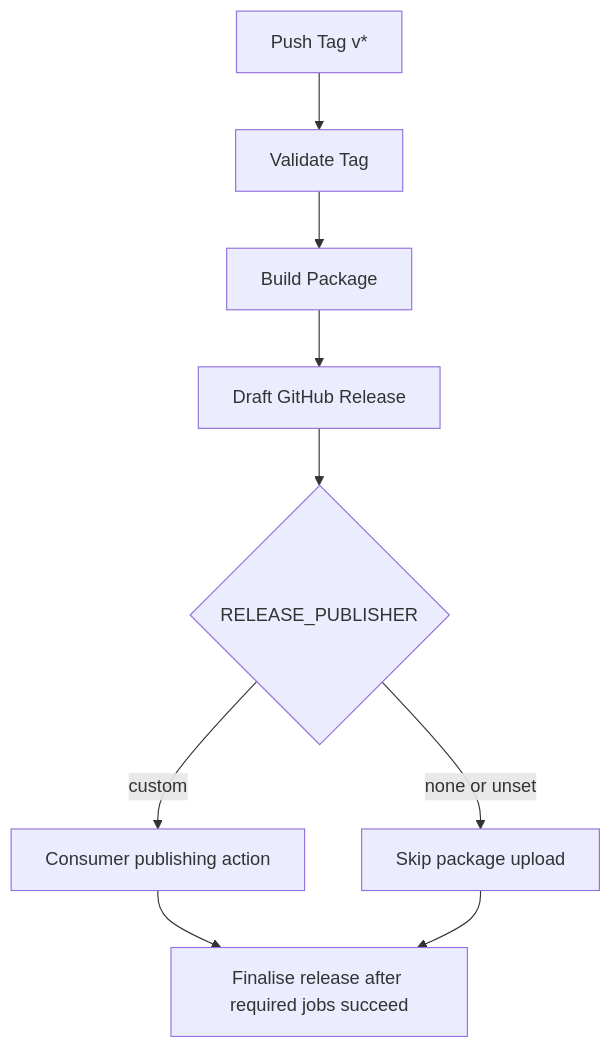
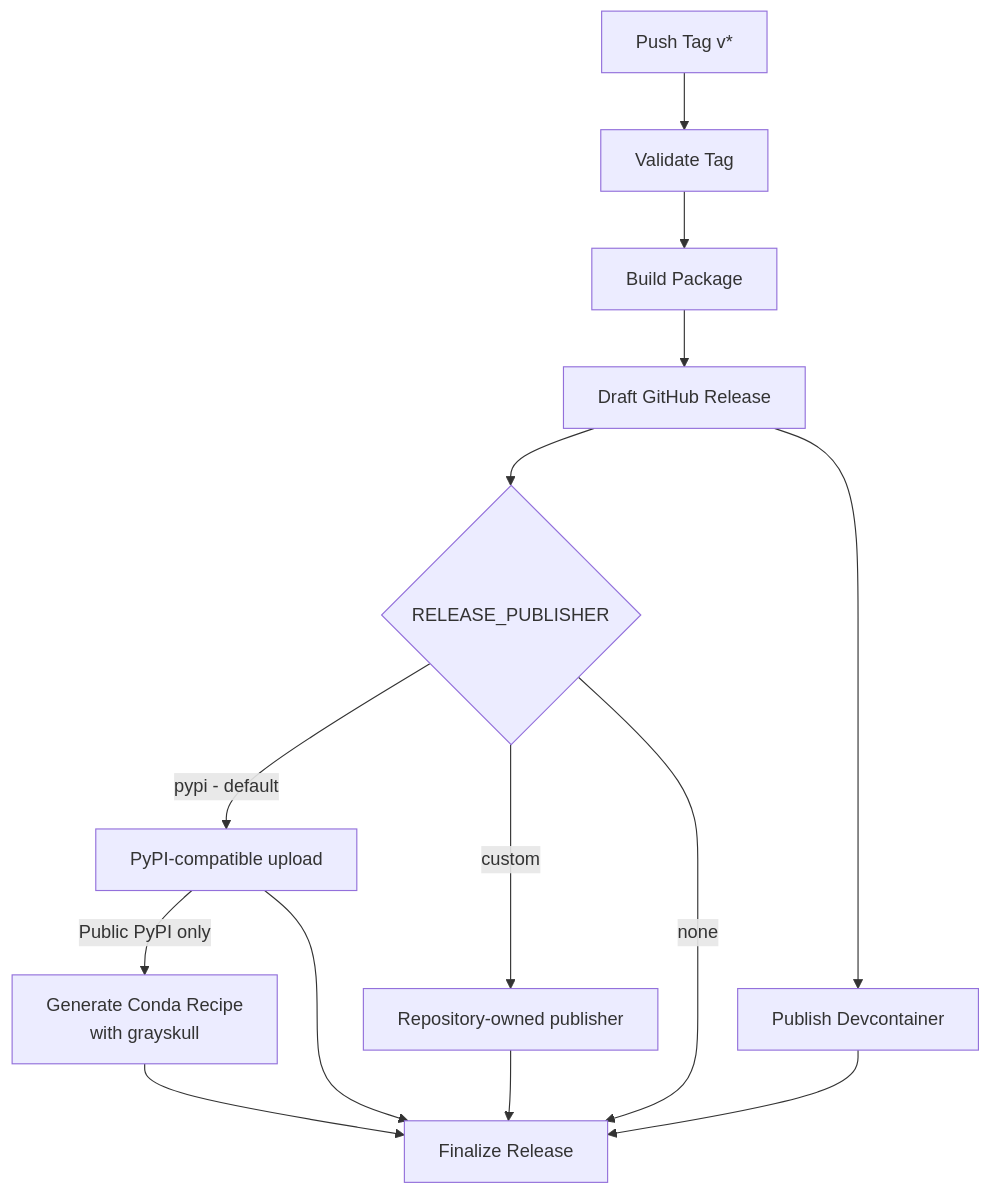
The fourth of 9 diagrams in docs/reference/ARCHITECTURE.md (Jebel-Quant/rhiza), drawn with Mermaid before and after one commit. The commit also changed other lines of this file and 35 other files, not shown here.

````diff
--- a/docs/reference/ARCHITECTURE.md
+++ b/docs/reference/ARCHITECTURE.md
@@ -140,11 +134,16 @@
 ```mermaid
 flowchart TD
     tag[Push Tag v*] --> validate[Validate Tag]
     validate --> build[Build Package]
     build --> draft[Draft GitHub Release]
     draft --> publisher{RELEASE_PUBLISHER}
-    publisher -- custom --> upload[Consumer publishing action]
-    publisher -- none or unset --> skip[Skip package upload]
-    upload --> finish[Finalise release after required jobs succeed]
-    skip --> finish
+    publisher -->|pypi - default| pypi[PyPI-compatible upload]
+    publisher -->|custom| custom[Repository-owned publisher]
+    publisher -->|none| finalize[Finalize Release]
+    pypi -->|Public PyPI only| conda[Generate Conda Recipe<br/>with grayskull]
+    draft --> devcontainer[Publish Devcontainer]
+    pypi --> finalize
+    custom --> finalize
+    conda --> finalize
+    devcontainer --> finalize
 ```
````
